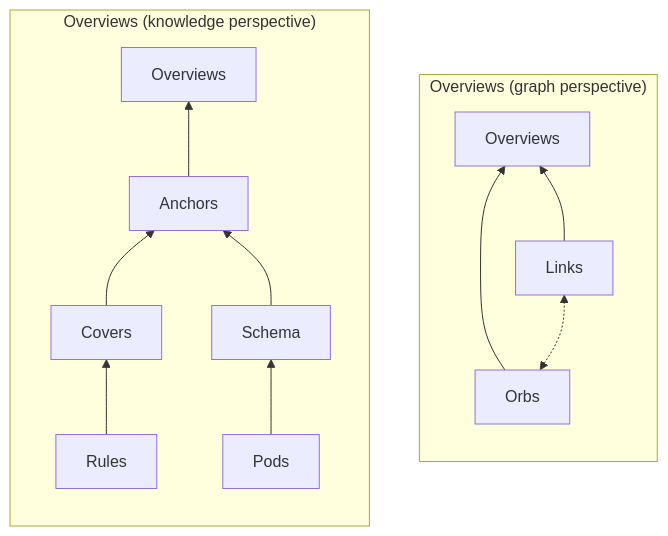
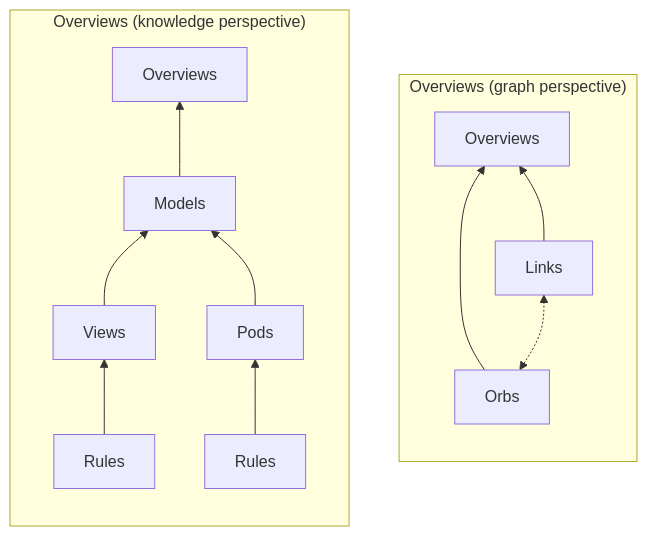
One commit to cosmic-knowledge/docs changed the diagram in overview/terminology.md. Above: the diagram before and after it, drawn with Mermaid. The commit also changed other lines of this file and 1 other file, not shown here.

````diff
--- a/overview/terminology.md
+++ b/overview/terminology.md
@@ -3,22 +3,22 @@
 ```mermaid
 flowchart TD
   subgraph "Overviews (graph perspective)"
     direction BT
     overview1[Overviews]
 
     orb1[Orbs] --> overview1
     link1[Links] --> overview1
     orb1 <-.-> link1
   end
 
   subgraph "Overviews (knowledge perspective)"
     direction BT
     overview2[Overviews]
 
-    anchor2[Anchors] --> overview2
-    cover2[Covers] --> anchor2
-    schema2[Schema] --> anchor2
-    pod2[Pods] --> schema2
-    rule2a[Rules] --> cover2
+    model2[Models] --> overview2
+    view2[Views] --> model2
+    pod2[Pods] --> model2
+    rule2a[Rules] --> view2
+    rula2b[Rules] --> pod2
   end
 ```
````
